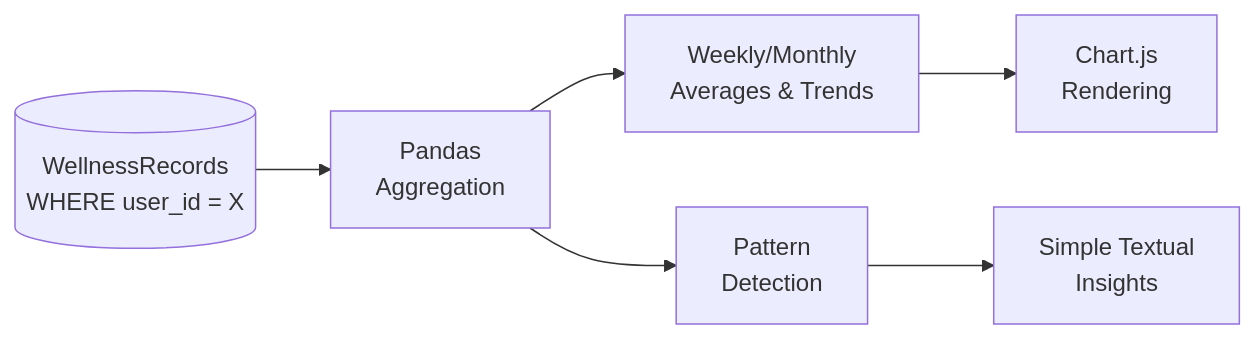
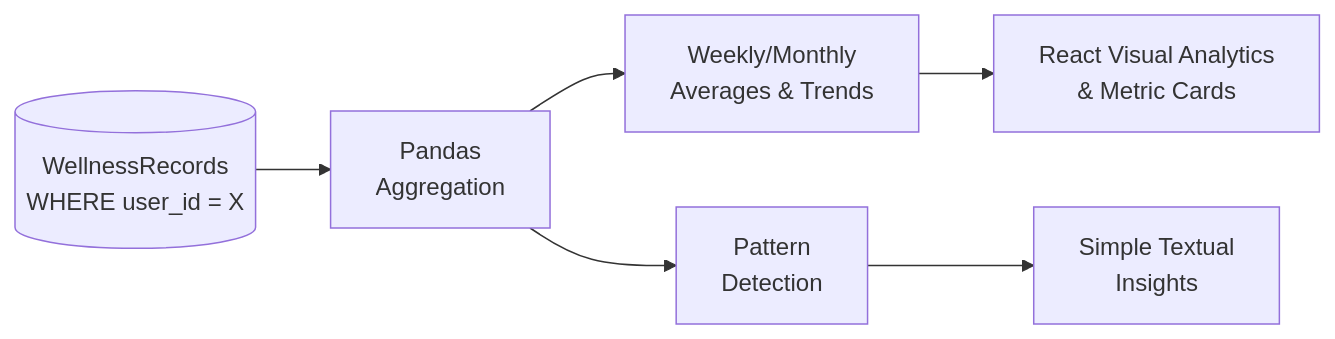
Diagram 13 of 21 in ARCHITECTURE.md (goxxie08/Wellvia), drawn with Mermaid before and after one commit. The commit also changed other lines of this file and 2 other files, not shown here.

````diff
--- a/ARCHITECTURE.md
+++ b/ARCHITECTURE.md
@@ -860,9 +899,9 @@
 ```mermaid
 flowchart LR
     A[("WellnessRecords<br/>WHERE user_id = X")] --> B["Pandas<br/>Aggregation"]
     B --> C["Weekly/Monthly<br/>Averages & Trends"]
-    C --> D["Chart.js<br/>Rendering"]
+    C --> D["React Visual Analytics<br/>& Metric Cards"]
 
     B --> E["Pattern<br/>Detection"]
     E --> F["Simple Textual<br/>Insights"]
 ```
````
